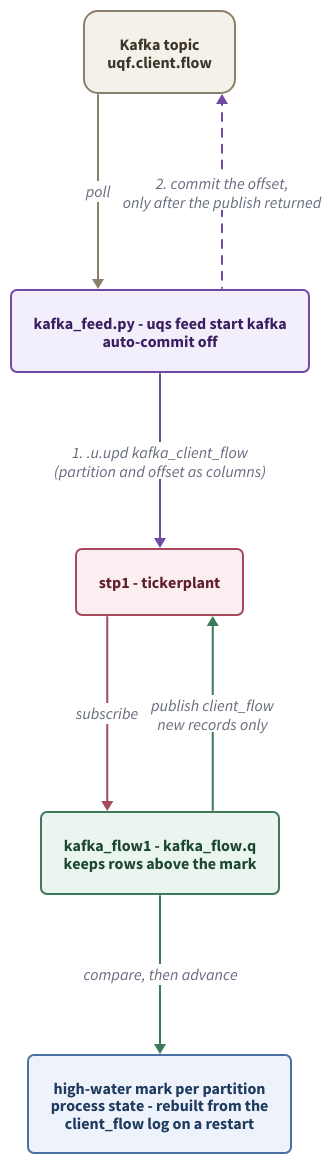
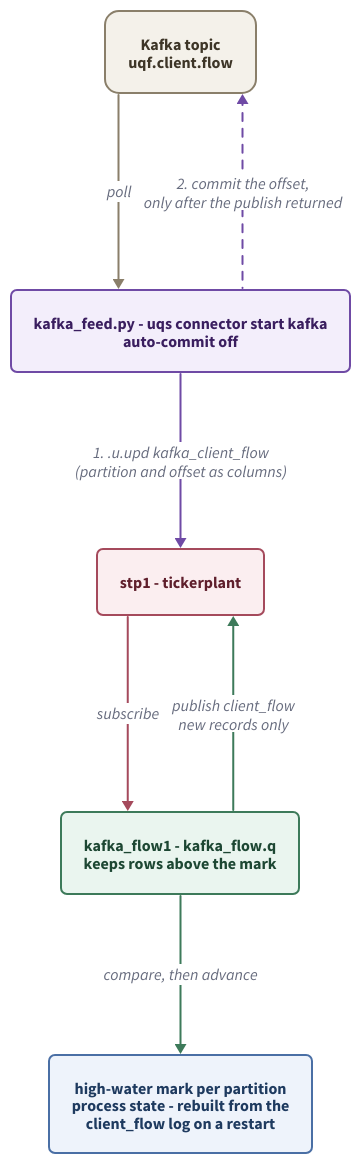
The diagram in docs/diagrams/kafka.d2 (kwojdalski/uqf), drawn with D2 before and after one commit. The commit also changed 143 other files, not shown here.

First line of the commit message:
Regroup the uqs CLI: job operations, setup, connector (#1417)

```diff
--- a/docs/diagrams/kafka.d2
+++ b/docs/diagrams/kafka.d2
@@ -1,47 +1,47 @@
 # kafka.d2 - client flow off a Kafka topic: a Python consumer and kafka_flow1.
 #
 # Rendered by scripts/generate/render_diagrams.py, which CI runs with
 # --check. Embedded from docs/services/kafka.md.
 #
 # WHAT THIS DIAGRAM IS FOR. The ORDER of two steps, and why neither half is
 # correct alone: the consumer publishes and only then commits the offset, so a
 # crash in between redelivers rather than loses; kafka_flow1 then drops what
 # was redelivered by comparing (partition;offset) with a per-partition
 # high-water mark. The numbered labels carry the ordering. The mark is the
 # job's own process state, rebuilt on a restart from the client_flow rows in the
 # log - drawn as its own box so that is visible.
 
 direction: down
 
 vars: {
   d2-config: {
     layout-engine: elk
     pad: 40
   }
 }
 
 # The service diagrams' palette (fx-positions-service.d2, markouts.d2), so
 # the set reads as one system: light fills with dark text in both themes.
 classes: {
   ext: {style: {fill: "#f4f1ea"; stroke: "#8a7f6a"; font-color: "#3d3527"; border-radius: 14}}
   py: {style: {fill: "#f3eefb"; stroke: "#6f4aa5"; font-color: "#3a1e5f"; border-radius: 6}}
   feed: {style: {fill: "#f6f0e6"; stroke: "#a8762f"; font-color: "#5c3f13"; border-radius: 6}}
   job: {style: {fill: "#eaf5ef"; stroke: "#3d7a5a"; font-color: "#1d4733"; border-radius: 6}}
   plant: {style: {fill: "#fbeef0"; stroke: "#a54a5c"; font-color: "#5f1f2c"; border-radius: 6}}
   table: {style: {fill: "#eef3fb"; stroke: "#4a6fa5"; font-color: "#1e3a5f"; border-radius: 6}}
   store: {style: {fill: "#eef1f4"; stroke: "#5a6a78"; font-color: "#25323d"; border-radius: 6}}
   band: {label.near: top-left; style: {fill: "#fbfcfd"; stroke: "#c3c9cf"; font-color: "#25323d"; stroke-width: 2; border-radius: 10; font-size: 18}}
 }
 
 broker: "Kafka topic\nuqf.client.flow" { class: ext }
-consumer: "kafka_feed.py - uqs feed start kafka\nauto-commit off" { class: py }
+consumer: "kafka_feed.py - uqs connector start kafka\nauto-commit off" { class: py }
 stp1: "stp1 - tickerplant" { class: plant }
 flow: "kafka_flow1 - kafka_flow.q\nkeeps rows above the mark" { class: job }
 mark: "high-water mark per partition\nprocess state - rebuilt from the\nclient_flow log on a restart" { class: table }
 
 broker -> consumer: "poll" { style.stroke: "#8a7f6a" }
 consumer -> stp1: "1. .u.upd kafka_client_flow\n(partition and offset as columns)" { style.stroke: "#6f4aa5" }
 broker <- consumer: "2. commit the offset,\nonly after the publish returned" { style.stroke: "#6f4aa5"; style.stroke-dash: 4 }
 stp1 -> flow: "subscribe" { style.stroke: "#a54a5c" }
 flow -> mark: "compare, then advance" { style.stroke: "#3d7a5a" }
 stp1 <- flow: "publish client_flow\nnew records only" { style.stroke: "#3d7a5a" }
```
